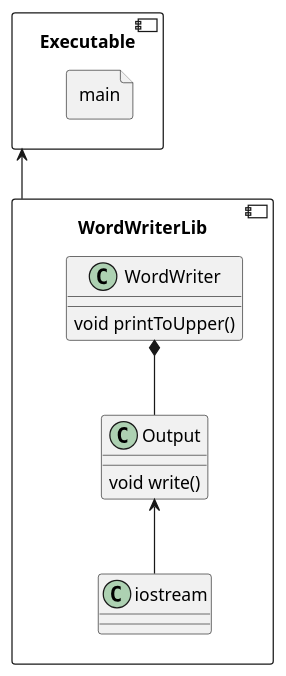
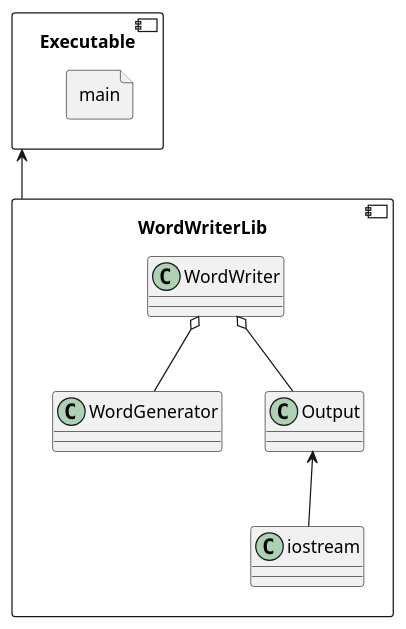
The diagram in doc/classes.plantuml (craft-coder/unit-testing-example), drawn with PlantUML before and after one commit. The commit also changed 7 other files, not shown here.

```diff
--- a/doc/classes.plantuml
+++ b/doc/classes.plantuml
@@ -1,20 +1,18 @@
 allow_mixing
 
 component Executable {
     file main
 }
 
 component WordWriterLib {
-    class WordWriter {
-        void printToUpper()
-    }
-    class Output {
-        void write()
-    }
+    class WordWriter
+    class WordGenerator 
+    class Output 
     class iostream
 
-    WordWriter *-- Output
+    WordWriter o-- Output
+    WordWriter o-- WordGenerator
     Output <-- iostream
 }
 
 Executable <-- WordWriterLib
```
